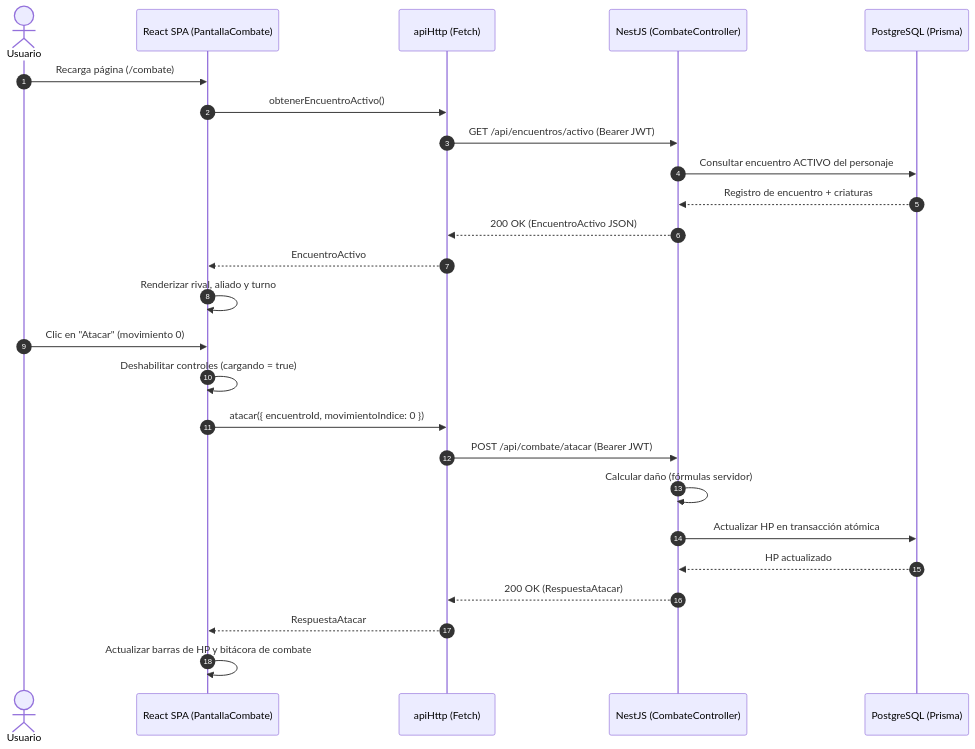
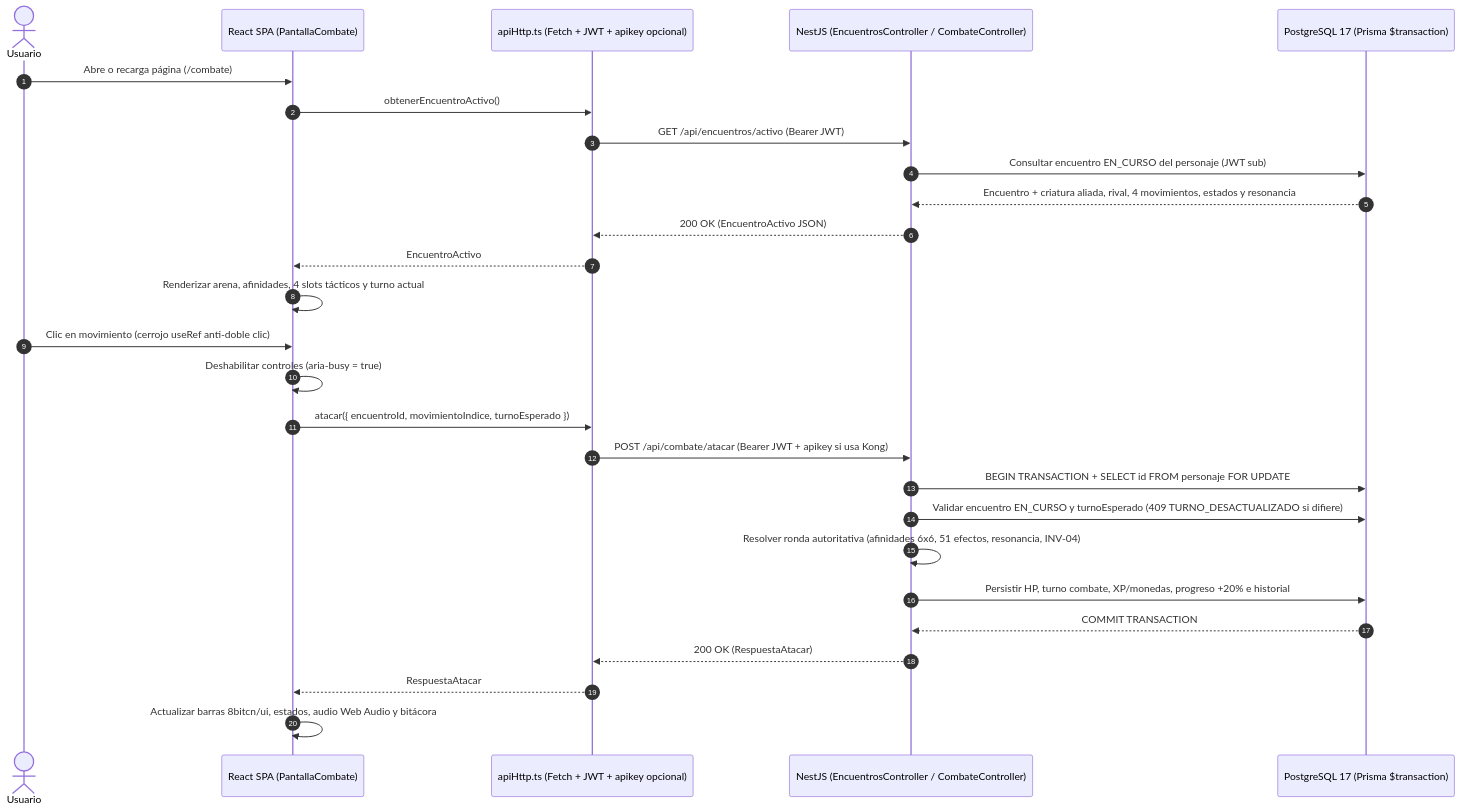
The diagram in docs/informe/04-backend-y-api-rest.md (EduardoVal3/aventura-web-criaturas), drawn with Mermaid before and after one commit. The commit also changed other lines of this file and 5 other files, not shown here.

````diff
--- a/docs/informe/04-backend-y-api-rest.md
+++ b/docs/informe/04-backend-y-api-rest.md
@@ -178,29 +178,31 @@
 ```mermaid
 sequenceDiagram
     autonumber
     actor Usuario
     participant UI as React SPA (PantallaCombate)
-    participant API as apiHttp (Fetch)
-    participant Nest as NestJS (CombateController)
-    participant DB as PostgreSQL (Prisma)
+    participant API as apiHttp.ts (Fetch + JWT + apikey opcional)
+    participant Nest as NestJS (EncuentrosController / CombateController)
+    participant DB as PostgreSQL 17 (Prisma $transaction)
 
-    Usuario->>UI: Recarga página (/combate)
+    Usuario->>UI: Abre o recarga página (/combate)
     UI->>API: obtenerEncuentroActivo()
     API->>Nest: GET /api/encuentros/activo (Bearer JWT)
-    Nest->>DB: Consultar encuentro ACTIVO del personaje
-    DB-->>Nest: Registro de encuentro + criaturas
+    Nest->>DB: Consultar encuentro EN_CURSO del personaje (JWT sub)
+    DB-->>Nest: Encuentro + criatura aliada, rival, 4 movimientos, estados y resonancia
     Nest-->>API: 200 OK (EncuentroActivo JSON)
     API-->>UI: EncuentroActivo
-    UI->>UI: Renderizar rival, aliado y turno
+    UI->>UI: Renderizar arena, afinidades, 4 slots tácticos y turno actual
 
-    Usuario->>UI: Clic en "Atacar" (movimiento 0)
-    UI->>UI: Deshabilitar controles (cargando = true)
-    UI->>API: atacar({ encuentroId, movimientoIndice: 0 })
-    API->>Nest: POST /api/combate/atacar (Bearer JWT)
-    Nest->>Nest: Calcular daño (fórmulas servidor)
-    Nest->>DB: Actualizar HP en transacción atómica
-    DB-->>Nest: HP actualizado
+    Usuario->>UI: Clic en movimiento (cerrojo useRef anti-doble clic)
+    UI->>UI: Deshabilitar controles (aria-busy = true)
+    UI->>API: atacar({ encuentroId, movimientoIndice, turnoEsperado })
+    API->>Nest: POST /api/combate/atacar (Bearer JWT + apikey si usa Kong)
+    Nest->>DB: BEGIN TRANSACTION + SELECT id FROM personaje FOR UPDATE
+    Nest->>DB: Validar encuentro EN_CURSO y turnoEsperado (409 TURNO_DESACTUALIZADO si difiere)
+    Nest->>Nest: Resolver ronda autoritativa (afinidades 6x6, 51 efectos, resonancia, INV-04)
+    Nest->>DB: Persistir HP, turno combate, XP/monedas, progreso +20% e historial
+    DB-->>Nest: COMMIT TRANSACTION
     Nest-->>API: 200 OK (RespuestaAtacar)
     API-->>UI: RespuestaAtacar
-    UI->>UI: Actualizar barras de HP y bitácora de combate
+    UI->>UI: Actualizar barras 8bitcn/ui, estados, audio Web Audio y bitácora
 ```
````
